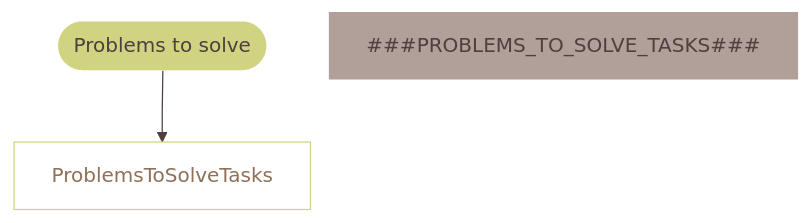
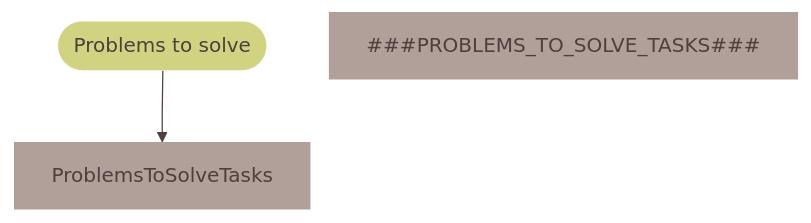
Before and after one commit to wearefuturegov/Outpost-Platform: the fifth of 5 diagrams in create-roadmap/roadmap-template.md, drawn with Mermaid. The commit also changed 1 other file, not shown here.

Commit message:
Styling issue

````diff
--- a/create-roadmap/roadmap-template.md
+++ b/create-roadmap/roadmap-template.md
@@ -211,38 +211,38 @@
 ```mermaid
 %%{
 init:
 	{
 	"theme": "base",
 	"themeVariables":
 		{
 	      "primaryColor": "#b19f9a",
 	      "primaryTextColor": "#4f3f3e",
 	      "primaryBorderColor": "none",
 	      "lineColor": "#4f3f3e",
 	      "secondaryColor": "transparent",
 	      "tertiaryColor": "transparent"
 		},
 	"flowchart": {
 	  "curve": "linear"
         }
 	}
 }%%
 flowchart
 
 
     classDef ProblemsToSolve fill:#d0d481,stroke:none
-    classDef ProblemsToSolveTasks fill:#fff,stroke:#d0d481,color:#8e7158
+    classDef ProblemsToSolveTaskStyle fill:#fff,stroke:#d0d481,color:#8e7158
 
     %% Top level
 
     %% 5 Problems to solve
     ProblemsToSolve([Problems to solve]):::ProblemsToSolve
 
     ###PROBLEMS_TO_SOLVE_TASKS###
 
 
 
     %% Problems to solve
-    ProblemsToSolve  --> ProblemsToSolveTasks:::ProblemsToSolveTasks
+    ProblemsToSolve  --> ProblemsToSolveTasks
 
 ```
````
